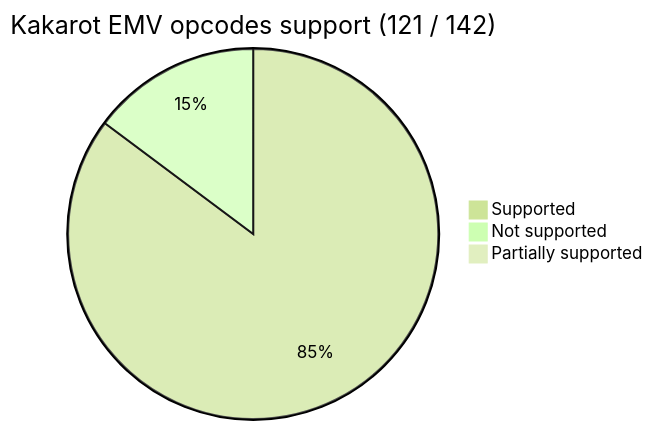
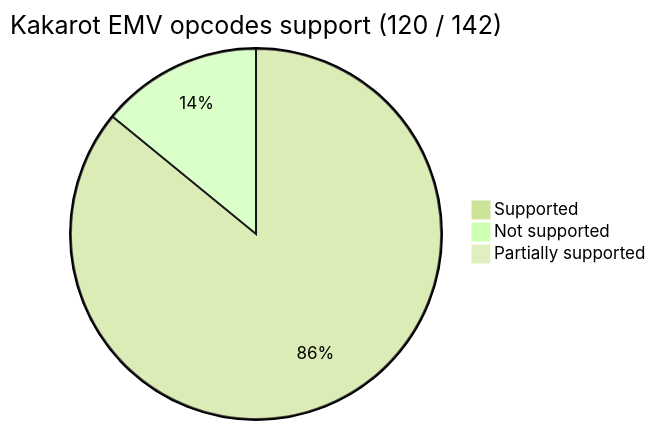
Before and after one commit to kkrt-labs/kakarot: the first of 2 diagrams in README.md, drawn with Mermaid. The commit also changed 4 other files, not shown here.

````diff
--- a/README.md
+++ b/README.md
@@ -38,9 +38,9 @@
 ```mermaid
 %%{init: {'theme': 'forest', 'themeVariables': { 'darkMode': 'false'}}}%%
 
-pie title Kakarot EMV opcodes support (121 / 142)
-    "Supported" : 121
-    "Not supported" : 21
+pie title Kakarot EMV opcodes support (120 / 142)
+    "Supported" : 122
+    "Not supported" : 20
 
     "Partially supported" : 0
 ```
````
